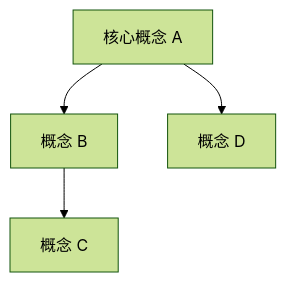
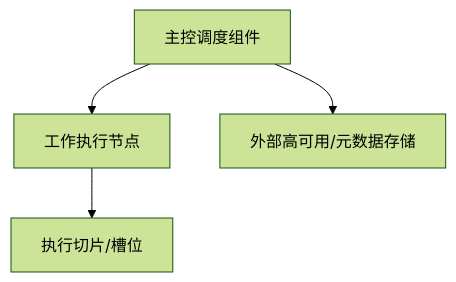
Before and after one commit to tieke1121/tech-interview-knowledge-base: the first of 4 diagrams in templates/technical-knowledge-template.md, drawn with Mermaid (forest theme). The commit also changed other lines of this file and 3 other files, not shown here.

First line of the commit message:
refactor: upgrade template & docs for technical director/architect interview

````diff
--- a/templates/technical-knowledge-template.md
+++ b/templates/technical-knowledge-template.md
@@ -44,6 +44,6 @@
 ```mermaid
 graph TD
-    A["核心概念 A"] --> B["概念 B"]
-    B --> C["概念 C"]
-    A --> D["概念 D"]
+    A["主控调度组件"] --> B["工作执行节点"]
+    B --> C["执行切片/槽位"]
+    A --> D["外部高可用/元数据存储"]
 ```
````
